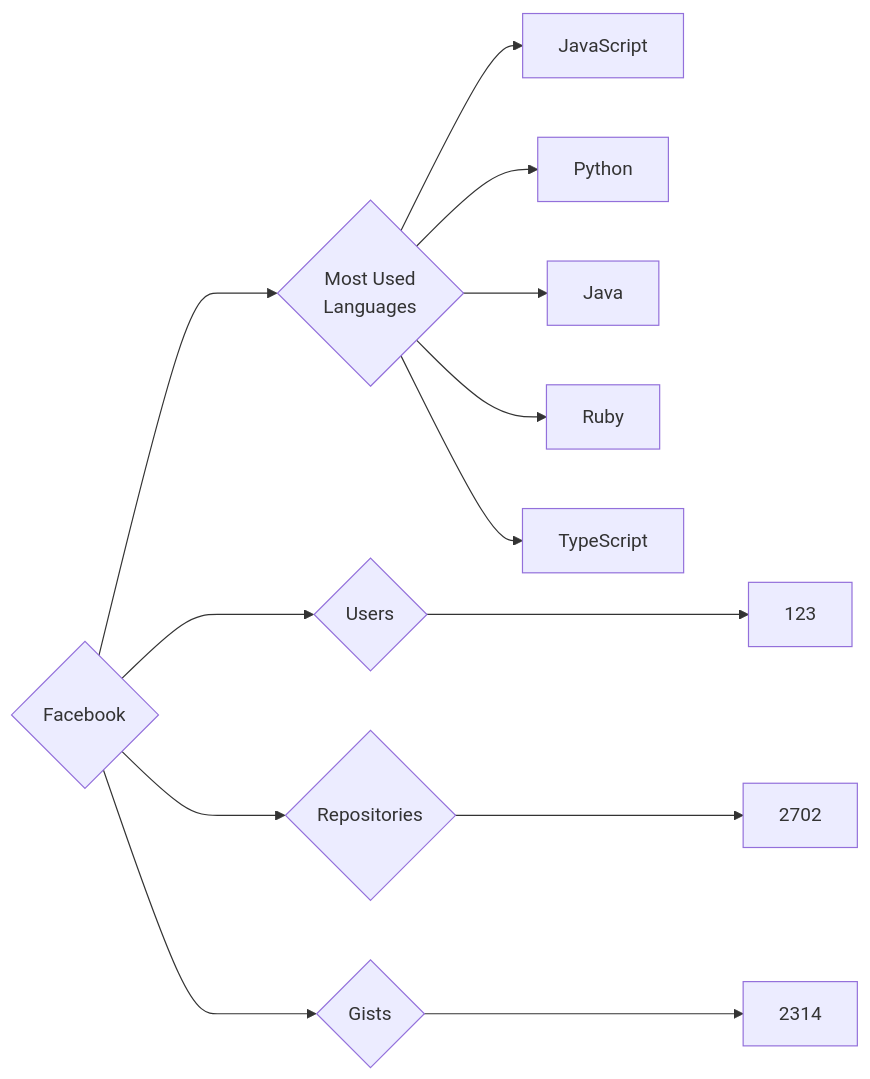
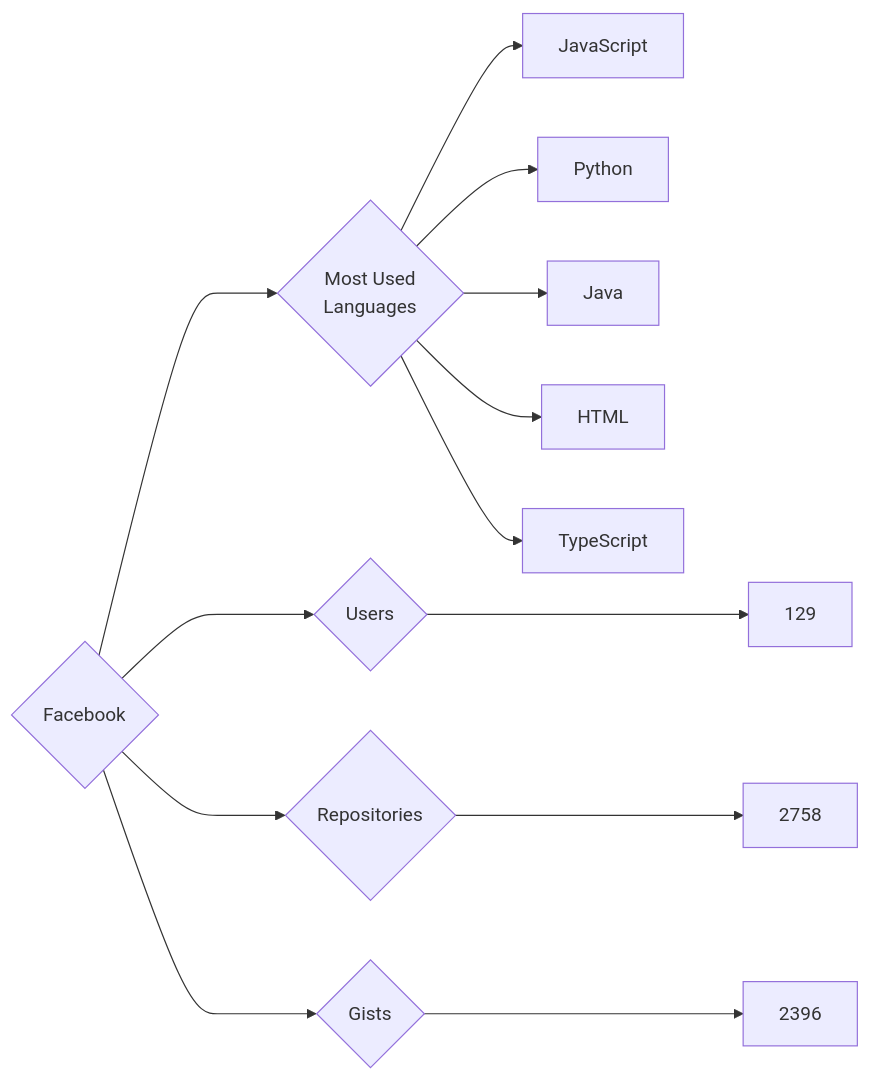
Before and after one commit to trickest/insiders: the diagram in targets/Facebook/README.md, drawn with Mermaid. The commit also changed 773 other files, not shown here.

````diff
--- a/targets/Facebook/README.md
+++ b/targets/Facebook/README.md
@@ -3,13 +3,13 @@
 ```mermaid
 graph LR
 COMPANY_NAME{Facebook}
-COMPANY_NAME ---> U{Users} ---> UN[123]
-COMPANY_NAME ---> R{Repositories} ---> RN[2702]
-COMPANY_NAME ---> G{Gists} ---> GN[2314]
+COMPANY_NAME ---> U{Users} ---> UN[129]
+COMPANY_NAME ---> R{Repositories} ---> RN[2758]
+COMPANY_NAME ---> G{Gists} ---> GN[2396]
 COMPANY_NAME ---> ML{Most Used<br>Languages}
 ML --> JavaScript[JavaScript]
 ML --> Python[Python]
 ML --> Java[Java]
-ML --> Ruby[Ruby]
+ML --> HTML[HTML]
 ML --> TypeScript[TypeScript]
 ```
````
